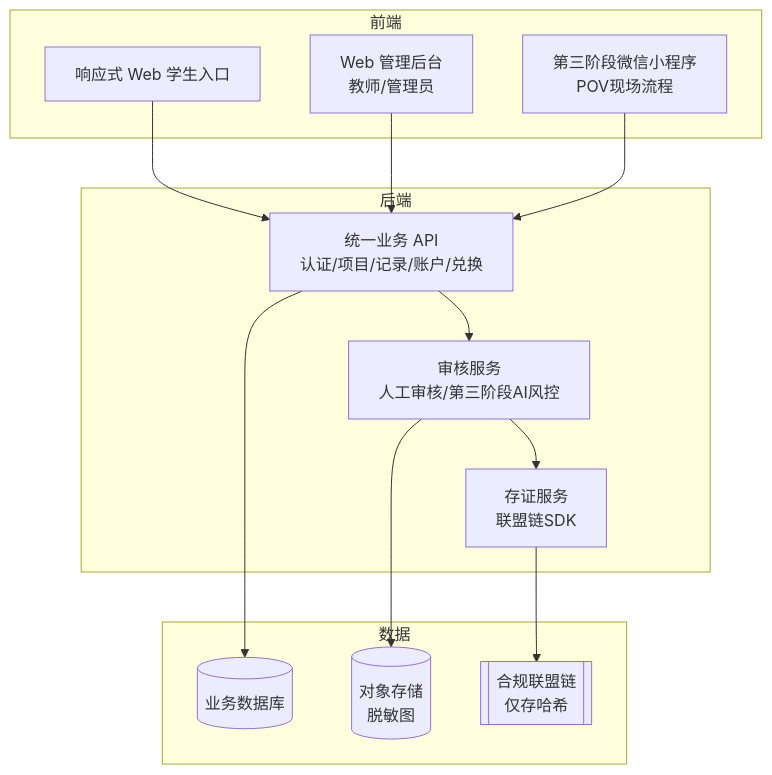
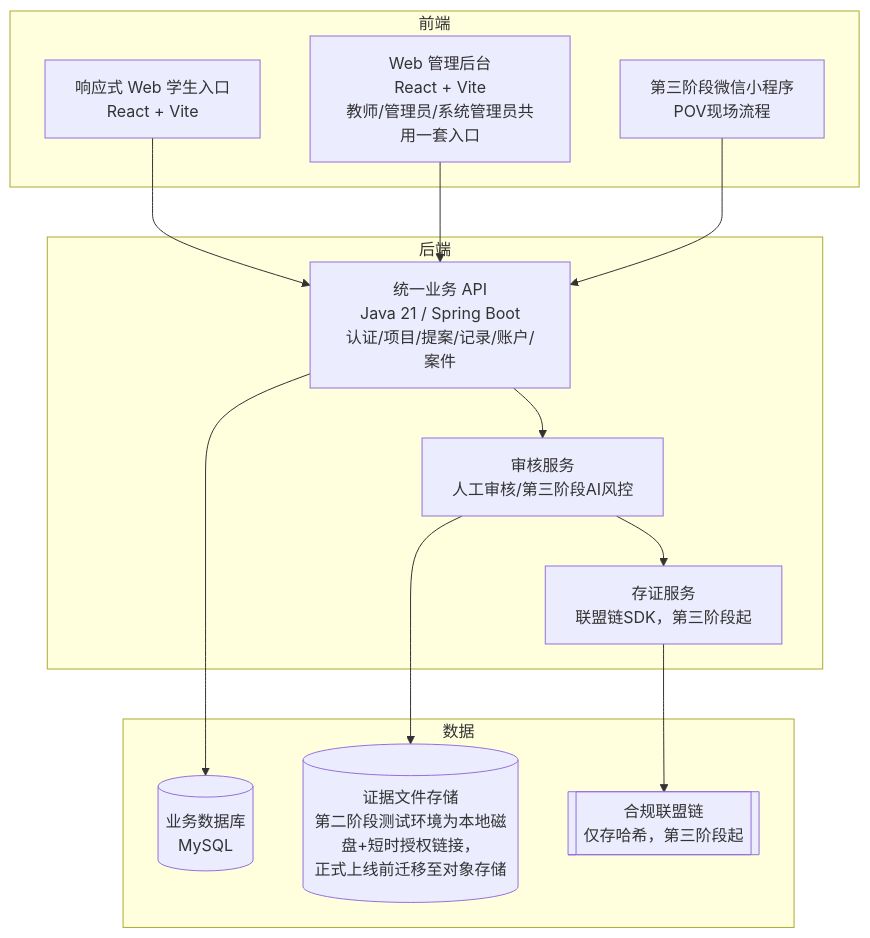
One commit to AquaticismAQ/timebank changed the diagram in Design/chinese/05-OnlineSystem.md. Above: the diagram before and after it, drawn with Mermaid. The commit also changed other lines of this file and 2 other files, not shown here.

````diff
--- a/Design/chinese/05-OnlineSystem.md
+++ b/Design/chinese/05-OnlineSystem.md
@@ -79,26 +85,26 @@
 ```mermaid
 flowchart TD
     subgraph 前端
-        A[响应式 Web 学生入口]
-        B[Web 管理后台<br/>教师/管理员]
+        A[响应式 Web 学生入口<br/>React + Vite]
+        B[Web 管理后台<br/>React + Vite<br/>教师/管理员/系统管理员共用一套入口]
         M[第三阶段微信小程序<br/>POV现场流程]
     end
     subgraph 后端
-        C[统一业务 API<br/>认证/项目/记录/账户/兑换]
+        C[统一业务 API<br/>Java 21 / Spring Boot<br/>认证/项目/提案/记录/账户/案件]
         D[审核服务<br/>人工审核/第三阶段AI风控]
-        E[存证服务<br/>联盟链SDK]
+        E[存证服务<br/>联盟链SDK，第三阶段起]
     end
     subgraph 数据
-        F[(业务数据库)]
-        G[(对象存储<br/>脱敏图)]
-        H[[合规联盟链<br/>仅存哈希]]
+        F[(业务数据库<br/>MySQL)]
+        G[(证据文件存储<br/>第二阶段测试环境为本地磁盘+短时授权链接，<br/>正式上线前迁移至对象存储)]
+        H[[合规联盟链<br/>仅存哈希，第三阶段起]]
     end
     A --> C
     B --> C
     M --> C
     C --> D
     C --> F
     D --> G
     D --> E
     E --> H
 ```
````
